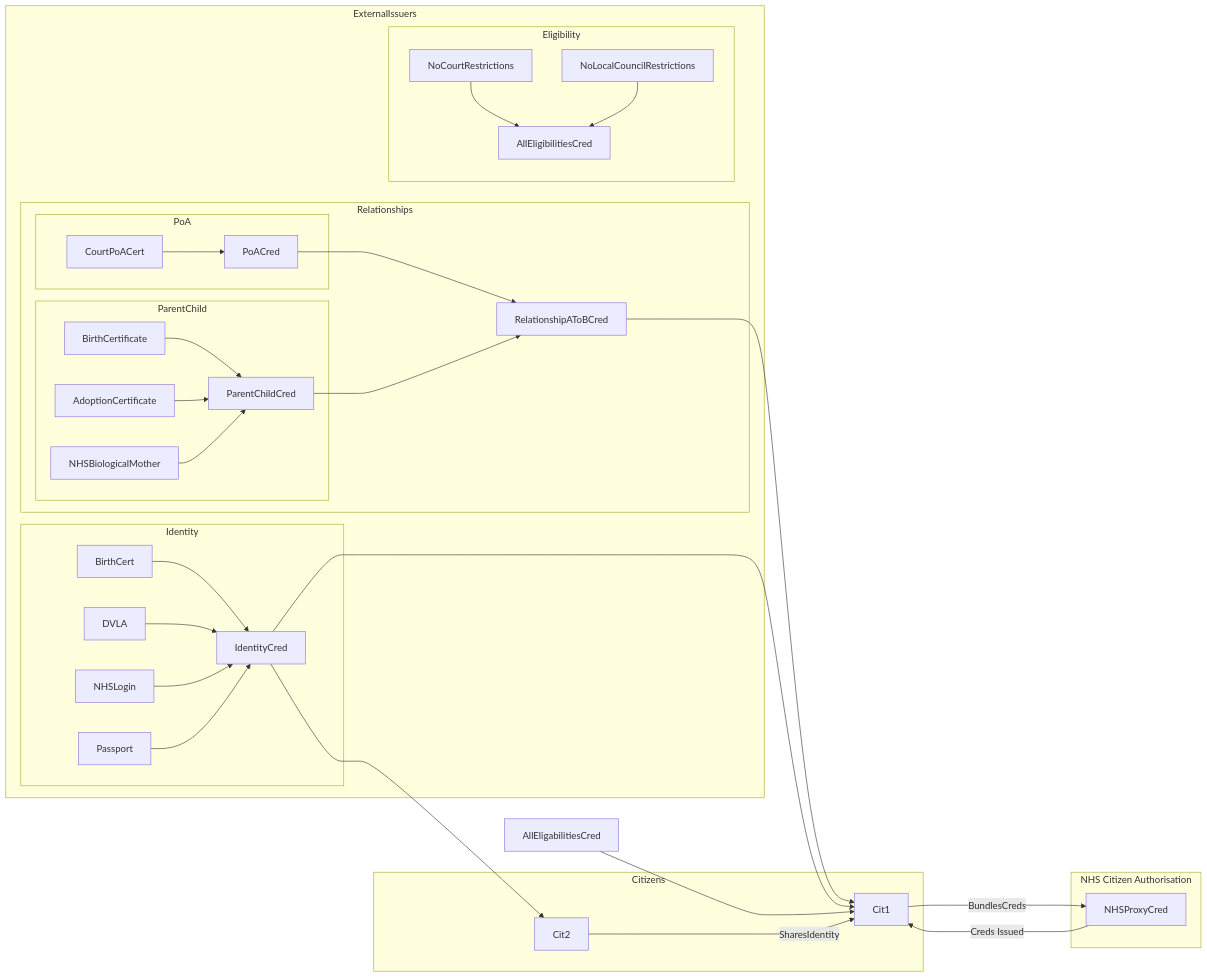
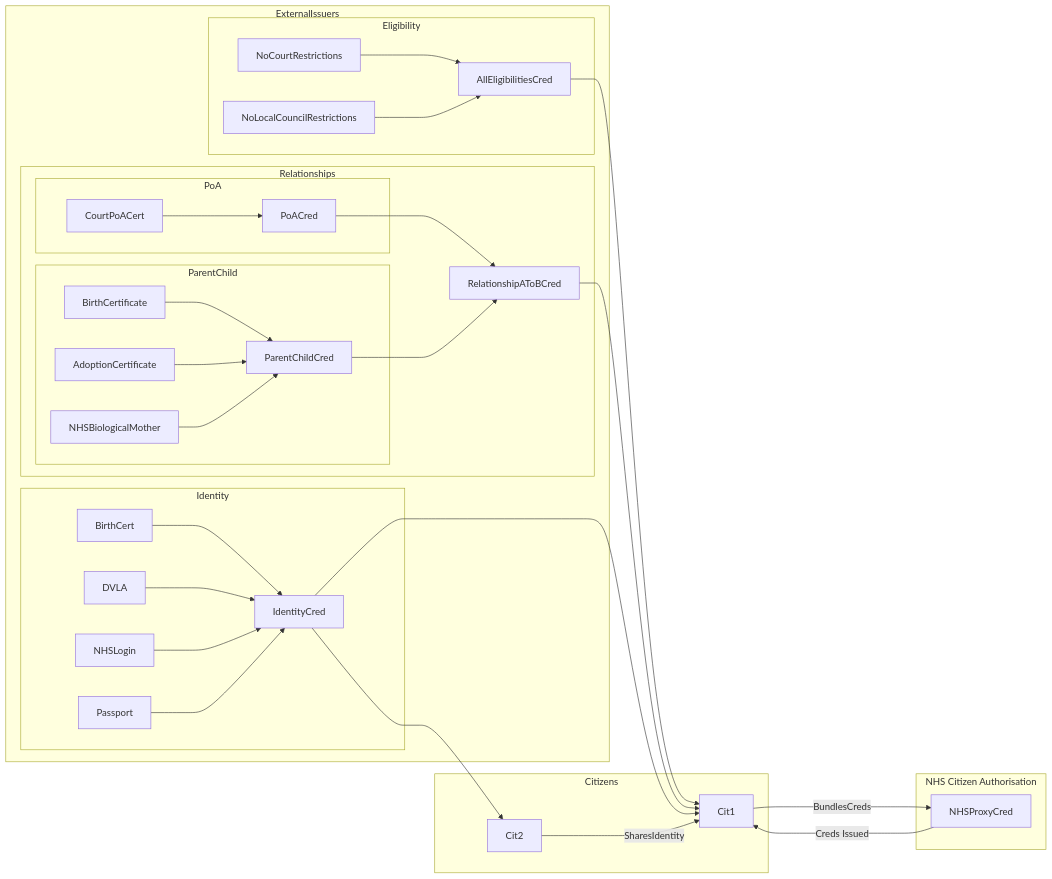
One commit to nhsexperience/nhs-experience changed the diagram in docs/nhs-account/verifyable-credentials.md. Above: the diagram before and after it, drawn with Mermaid. The commit also changed other lines of this file, not shown here.

````diff
--- a/docs/nhs-account/verifyable-credentials.md
+++ b/docs/nhs-account/verifyable-credentials.md
@@ -15,49 +35,49 @@
 ```mermaid!
     graph LR
         IdentityCred -->Cit1
         IdentityCred -->Cit2
         RelationshipAToBCred -->Cit1
-        AllEligabilitiesCred -->Cit1
+        AllEligibilitiesCred -->Cit1
         Cit1 ---->|BundlesCreds|NHSProxyCred
         NHSProxyCred ----> |Creds Issued|Cit1
 
         subgraph Citizens    
             Cit1
             Cit2
             Cit2 -->|SharesIdentity|Cit1
         end
         subgraph ExternalIssuers  
             subgraph Identity
                 BirthCert --> IdentityCred
                 DVLA --> IdentityCred
                 NHSLogin --> IdentityCred
                 Passport --> IdentityCred
                 DVLA
                 NHSLogin
                 Passport
             end
             subgraph Relationships
                 ParentChildCred -->RelationshipAToBCred
                 PoACred --> RelationshipAToBCred
 
                 subgraph ParentChild
                     BirthCertificate --> ParentChildCred
                     AdoptionCertificate --> ParentChildCred
                     NHSBiologicalMother --> ParentChildCred
                 end
                 subgraph PoA
                     CourtPoACert --> PoACred
                     
                 end
                 
             end
             subgraph Eligibility
                 NoCourtRestrictions -->AllEligibilitiesCred
                 NoLocalCouncilRestrictions -->AllEligibilitiesCred
                 AllEligibilitiesCred
             end
         end
         subgraph NHS Citizen Authorisation
             NHSProxyCred
         end
 ```
````
